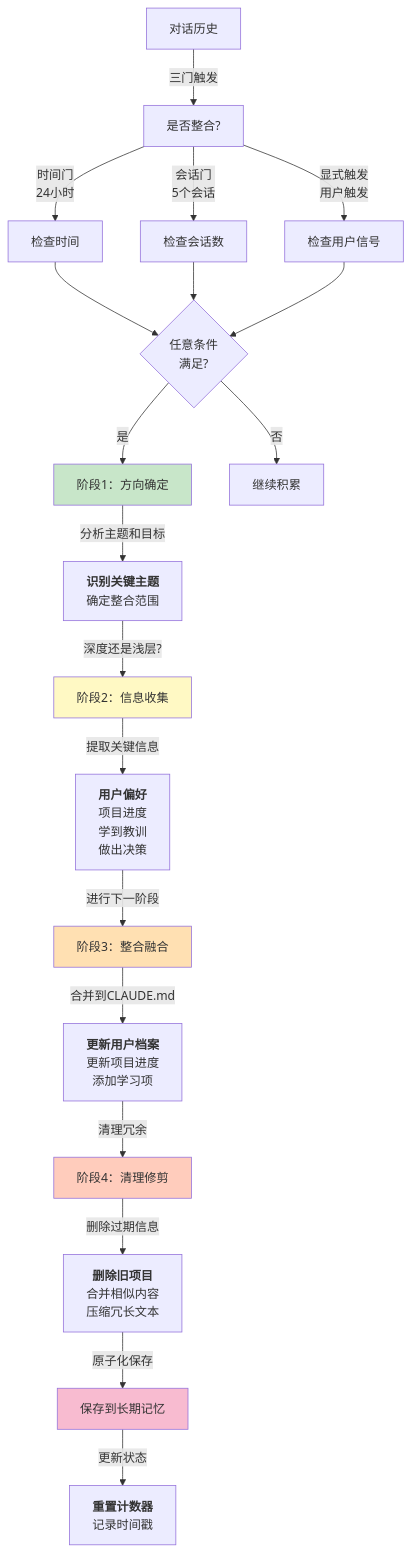
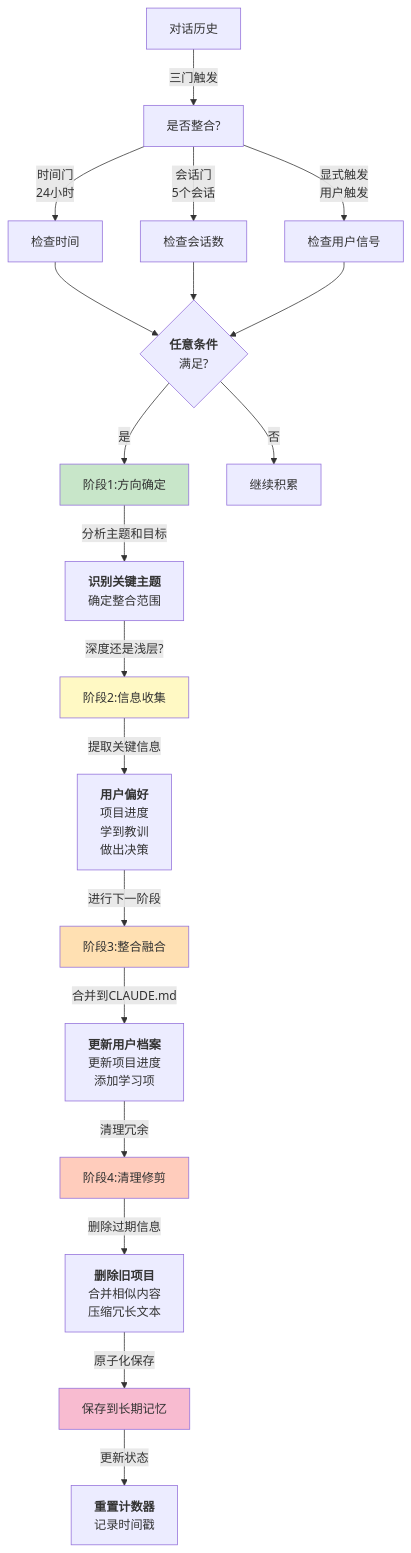
The diagram in 06_memory/6.4_memory_consolidation.md (yeasy/harness_engineering_guide), drawn with Mermaid before and after one commit. The commit also changed other lines of this file and 94 other files, not shown here.

````diff
--- a/06_memory/6.4_memory_consolidation.md
+++ b/06_memory/6.4_memory_consolidation.md
@@ -215,34 +215,34 @@
 ```mermaid
 graph TD
     A["对话历史"] -->|三门触发| B["是否整合?"]
     B -->|时间门<br/>24小时| C["检查时间"]
     B -->|会话门<br/>5个会话| D["检查会话数"]
     B -->|显式触发<br/>用户触发| E["检查用户信号"]
 
-    C --> F{任意条件<br/>满足?}
+    C --> F{<b>任意条件</b><br/>满足?}
     D --> F
     E --> F
 
-    F -->|是| G["阶段1：方向确定"]
+    F -->|是| G["阶段1:方向确定"]
     F -->|否| H["继续积累"]
 
     G -->|分析主题和目标| I["<b>识别关键主题</b><br/>确定整合范围"]
-    I -->|深度还是浅层?| J["阶段2：信息收集"]
+    I -->|深度还是浅层?| J["阶段2:信息收集"]
 
     J -->|提取关键信息| K["<b>用户偏好</b><br/>项目进度<br/>学到教训<br/>做出决策"]
 
-    K -->|进行下一阶段| L["阶段3：整合融合"]
+    K -->|进行下一阶段| L["阶段3:整合融合"]
     L -->|合并到CLAUDE.md| M["<b>更新用户档案</b><br/>更新项目进度<br/>添加学习项"]
 
-    M -->|清理冗余| N["阶段4：清理修剪"]
+    M -->|清理冗余| N["阶段4:清理修剪"]
     N -->|删除过期信息| O["<b>删除旧项目</b><br/>合并相似内容<br/>压缩冗长文本"]
 
     O -->|原子化保存| P["保存到长期记忆"]
     P -->|更新状态| Q["<b>重置计数器</b><br/>记录时间戳"]
 
     style G fill:#c8e6c9
     style J fill:#fff9c4
     style L fill:#ffe0b2
     style N fill:#ffccbc
     style P fill:#f8bbd0
 ```
````
